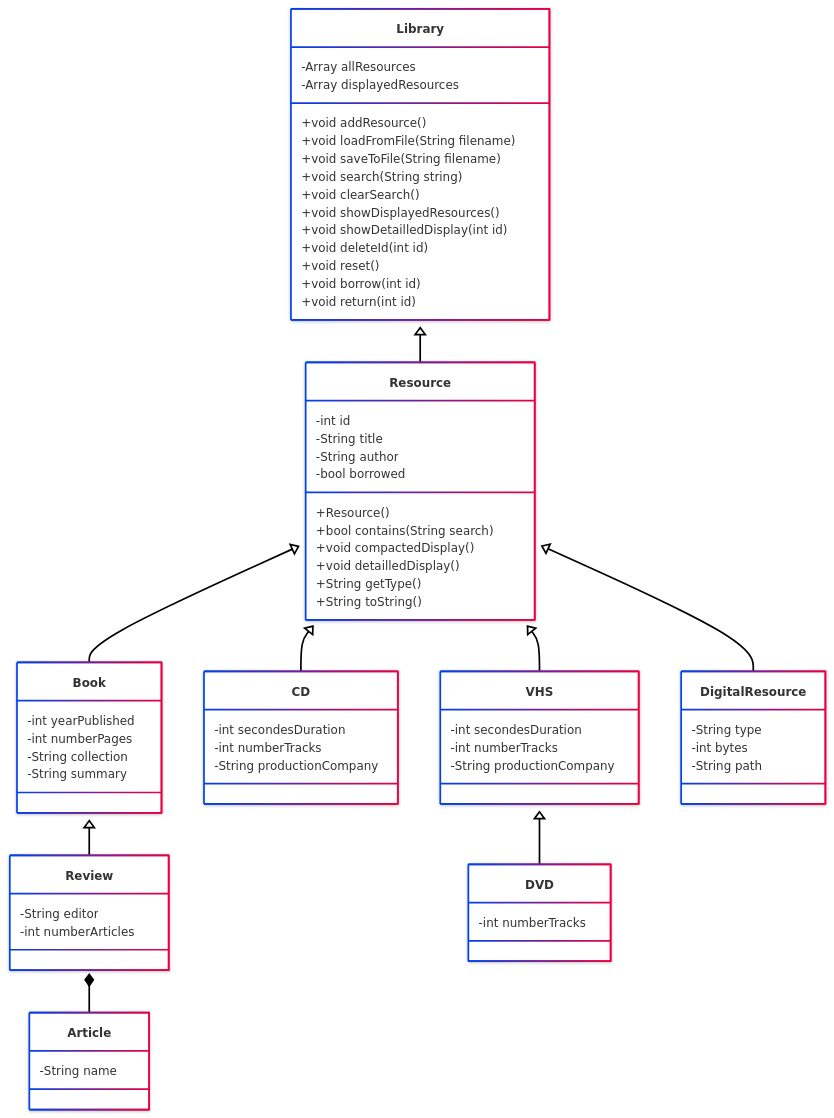
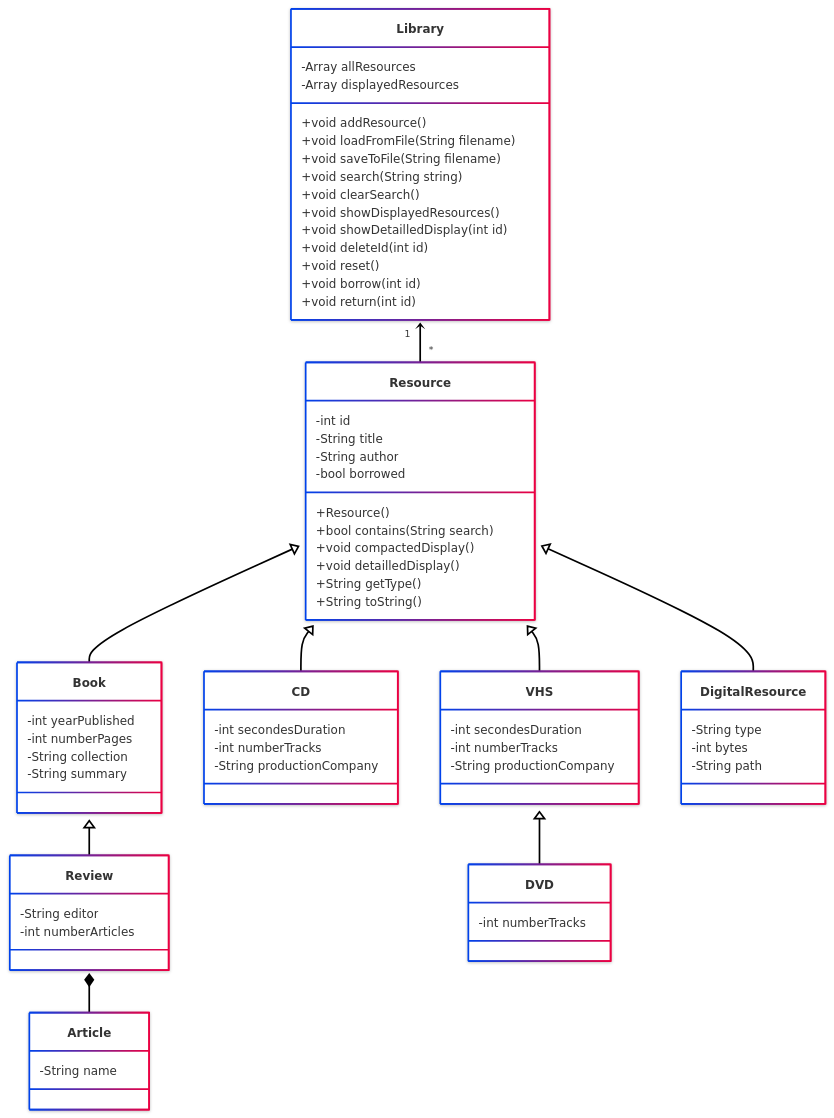
The first of 3 diagrams in README.md (eloiseLBC/projetCpp), drawn with Mermaid before and after one commit. The commit also changed other lines of this file, not shown here.

Commit message:
:memo: Add sequence and use cases diagram

````diff
--- a/README.md
+++ b/README.md
@@ -86,6 +86,6 @@
     Resource <|-- DigitalResource
     Book <|-- Review
     VHS <|-- DVD
-    Library <|-- Resource
+    Library "1"<--"*" Resource
     Review *-- Article
 ```
````
